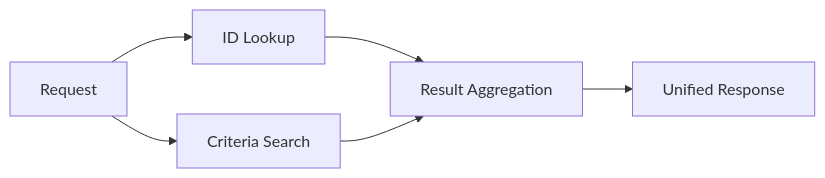
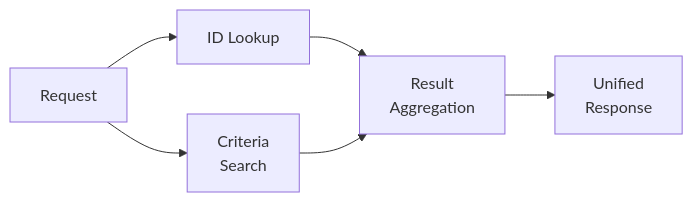
The ninth of 14 diagrams in docs/architecture-insights/genai-and-rag/3.4_engineering_hybrid_retrieval_sparse_dense.md (MihirKJha/enterprise-ai-blog), drawn with Mermaid before and after one commit. The commit also changed other lines of this file, not shown here.

First line of the commit message:
Updated 3.5_architecting_multi_stage_retrieval_from_recall_to_precision.md

````diff
--- a/docs/architecture-insights/genai-and-rag/3.4_engineering_hybrid_retrieval_sparse_dense.md
+++ b/docs/architecture-insights/genai-and-rag/3.4_engineering_hybrid_retrieval_sparse_dense.md
@@ -388,8 +388,8 @@
 ```mermaid
 graph LR
     R[Request] --> I[ID Lookup]
-    R --> C[Criteria Search]
-    I --> A[Result Aggregation]
+    R --> C[Criteria<br/>Search]
+    I --> A[Result<br/>Aggregation]
     C --> A
-    A --> O[Unified Response]
+    A --> O[Unified<br/>Response]
 ```
````
